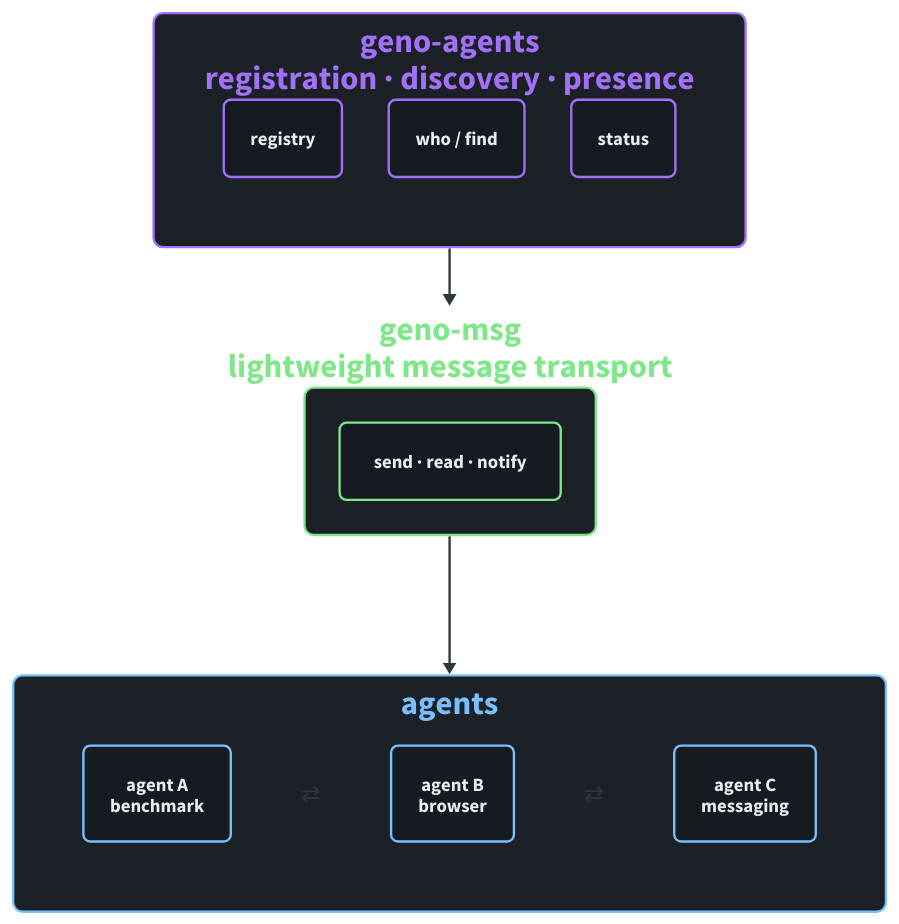
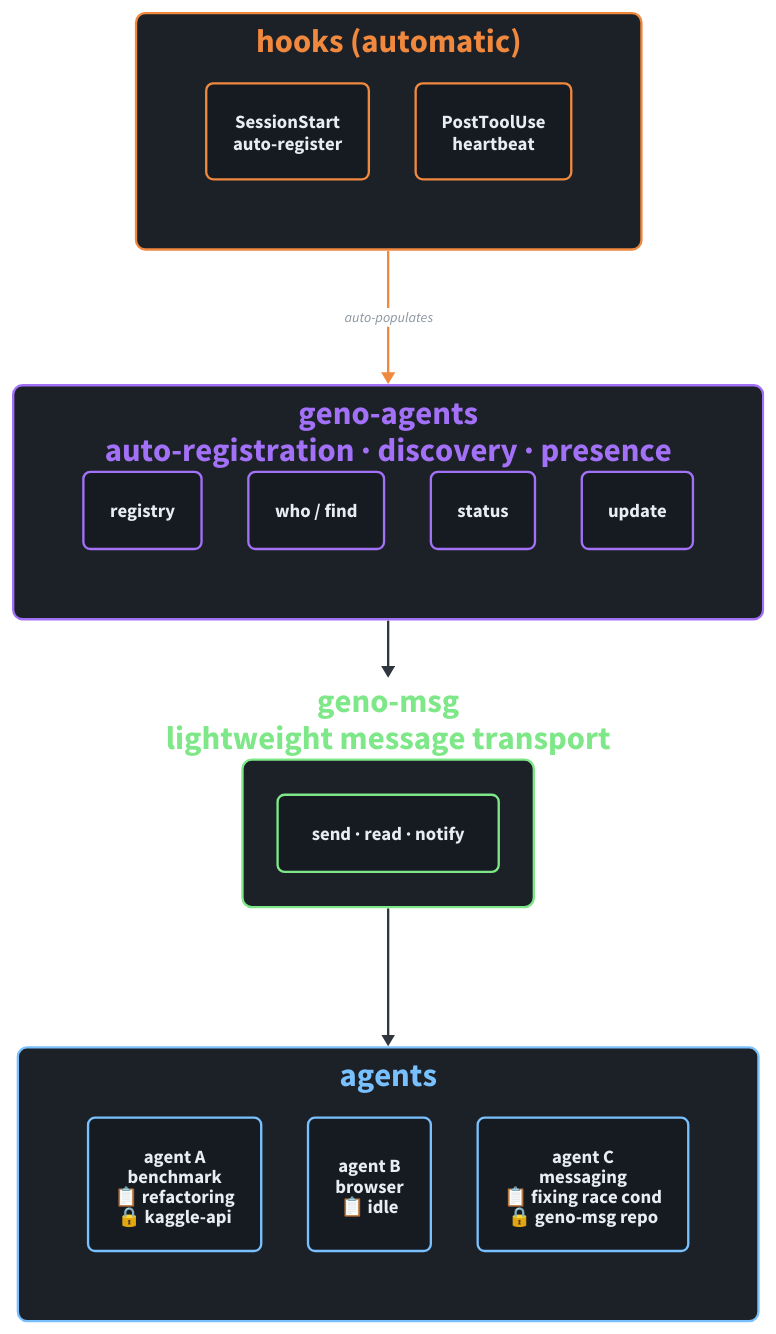
Before and after one commit to 42euge/geno-agents: the diagram in docs/architecture.d2, drawn with D2. The commit also changed 2 other files, not shown here.

Commit message:
Update GitHub Pages with rich agent cards and auto-registration
Architecture diagram now shows hooks layer, update command, and
rich agent cards with working_on/using fields. Roadmap updated
to reflect completed auto-registration and resource awareness.

```diff
--- a/docs/architecture.d2
+++ b/docs/architecture.d2
@@ -1,126 +1,156 @@
 direction: down
 
-geno-agents: "geno-agents\nregistration · discovery · presence" {
+geno-agents: "geno-agents\nauto-registration · discovery · presence" {
   style: {
     fill: "#1c2128"
     stroke: "#a371f7"
     stroke-width: 2
     border-radius: 8
     font-color: "#a371f7"
     bold: true
   }
+
+  grid-columns: 4
 
   registry: "registry" {
     style: {
       fill: "#161b22"
       stroke: "#a371f7"
       font-color: "#e6edf3"
       border-radius: 6
     }
   }
   who: "who / find" {
     style: {
       fill: "#161b22"
       stroke: "#a371f7"
       font-color: "#e6edf3"
       border-radius: 6
     }
   }
   status: "status" {
     style: {
       fill: "#161b22"
       stroke: "#a371f7"
       font-color: "#e6edf3"
       border-radius: 6
     }
   }
+  update: "update" {
+    style: {
+      fill: "#161b22"
+      stroke: "#a371f7"
+      font-color: "#e6edf3"
+      border-radius: 6
+    }
+  }
+}
 
-  grid-columns: 3
+hooks: "hooks (automatic)" {
+  style: {
+    fill: "#1c2128"
+    stroke: "#f0883e"
+    stroke-width: 2
+    border-radius: 8
+    font-color: "#f0883e"
+    bold: true
+  }
+
+  grid-columns: 2
+
+  h1: "SessionStart\nauto-register" {
+    style: {
+      fill: "#161b22"
+      stroke: "#f0883e"
+      font-color: "#e6edf3"
+      border-radius: 6
+    }
+  }
+  h2: "PostToolUse\nheartbeat" {
+    style: {
+      fill: "#161b22"
+      stroke: "#f0883e"
+      font-color: "#e6edf3"
+      border-radius: 6
+    }
+  }
 }
 
 geno-msg: "geno-msg\nlightweight message transport" {
   style: {
     fill: "#1c2128"
     stroke: "#7ee787"
     stroke-width: 2
     border-radius: 8
     font-color: "#7ee787"
     bold: true
   }
 
   ops: "send · read · notify" {
     style: {
       fill: "#161b22"
       stroke: "#7ee787"
       font-color: "#e6edf3"
       border-radius: 6
     }
   }
 }
 
 agents: "agents" {
   style: {
     fill: "#1c2128"
     stroke: "#79c0ff"
     stroke-width: 2
     border-radius: 8
     font-color: "#79c0ff"
     bold: true
   }
 
-  grid-columns: 5
+  grid-columns: 3
 
-  a: "agent A\nbenchmark" {
+  a: "agent A\nbenchmark\n📋 refactoring\n🔒 kaggle-api" {
     style: {
       fill: "#161b22"
       stroke: "#79c0ff"
       font-color: "#e6edf3"
       border-radius: 6
     }
   }
-  ab: "⇄" {
-    style: {
-      fill: transparent
-      stroke: transparent
-      font-color: "#30363d"
-      font-size: 20
-    }
-  }
-  b: "agent B\nbrowser" {
+  b: "agent B\nbrowser\n📋 idle" {
     style: {
       fill: "#161b22"
       stroke: "#79c0ff"
       font-color: "#e6edf3"
       border-radius: 6
     }
   }
-  bc: "⇄" {
-    style: {
-      fill: transparent
-      stroke: transparent
-      font-color: "#30363d"
-      font-size: 20
-    }
-  }
-  c: "agent C\nmessaging" {
+  c: "agent C\nmessaging\n📋 fixing race cond\n🔒 geno-msg repo" {
     style: {
       fill: "#161b22"
       stroke: "#79c0ff"
       font-color: "#e6edf3"
       border-radius: 6
     }
   }
 }
 
+hooks -> geno-agents: "auto-populates" {
+  style: {
+    stroke: "#f0883e"
+    stroke-width: 2
+    font-color: "#8b949e"
+    font-size: 12
+  }
+}
 geno-agents -> geno-msg: {
   style: {
     stroke: "#30363d"
     stroke-width: 2
   }
 }
 geno-msg -> agents: {
   style: {
     stroke: "#30363d"
     stroke-width: 2
   }
 }
```
